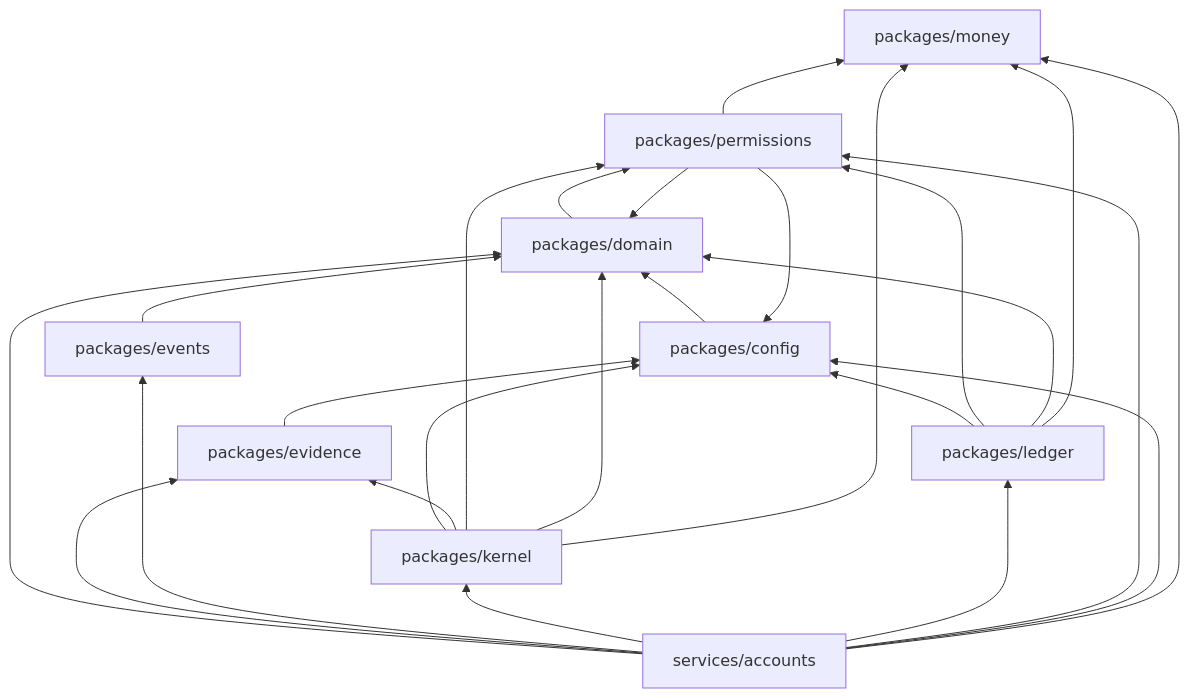
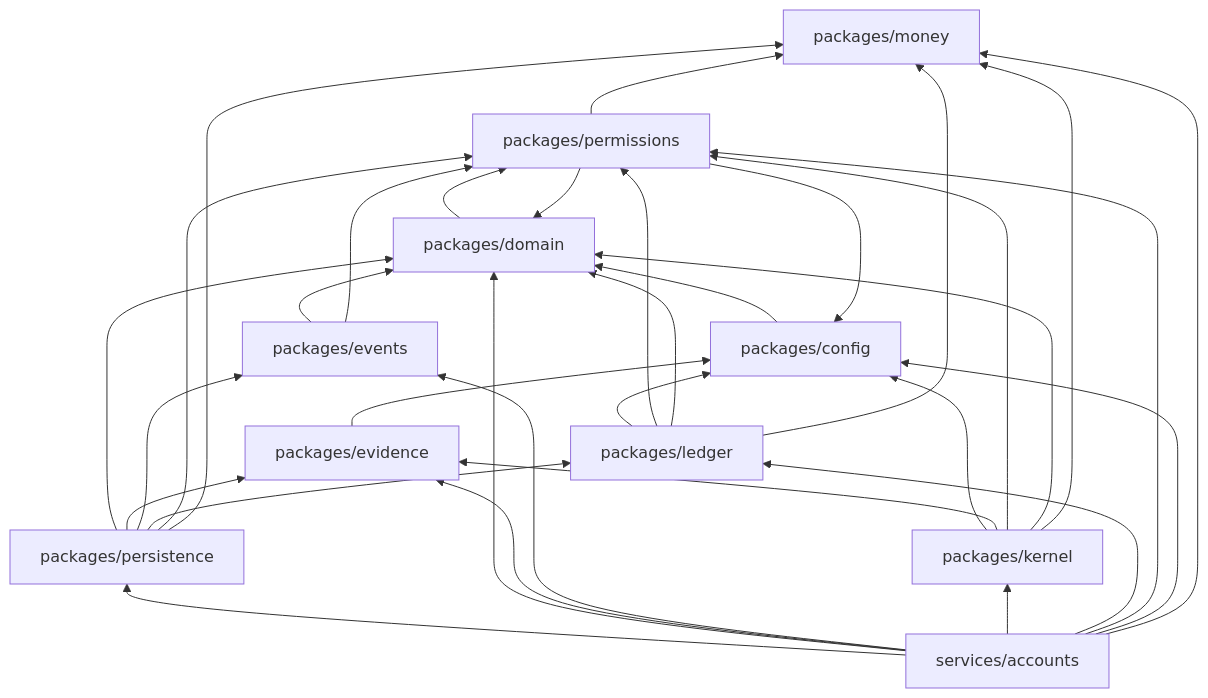
Before and after one commit to reyesnick54/solstice: the second of 2 diagrams in docs/architecture/constitution.md, drawn with Mermaid. The commit also changed other lines of this file and 41 other files, not shown here.

````diff
--- a/docs/architecture/constitution.md
+++ b/docs/architecture/constitution.md
@@ -303,37 +304,46 @@
 ```mermaid
 flowchart BT
   money["packages/money"]
   config["packages/config"]
   domain["packages/domain"]
   events["packages/events"]
   evidence["packages/evidence"]
   permissions["packages/permissions"]
   kernel["packages/kernel"]
   ledger["packages/ledger"]
   accounts["services/accounts"]
 
   config --> domain
   domain --> permissions
   permissions --> domain
   permissions --> money
   permissions --> config
   events --> domain
+  events --> permissions
+  persistence["packages/persistence"]
+  persistence --> domain
+  persistence --> evidence
+  persistence --> events
+  persistence --> ledger
+  persistence --> permissions
+  persistence --> money
+  accounts --> persistence
   evidence --> config
   kernel --> config
   kernel --> evidence
   kernel --> permissions
   kernel --> domain
   kernel --> money
   ledger --> config
   ledger --> permissions
   ledger --> domain
   ledger --> money
   accounts --> domain
   accounts --> evidence
   accounts --> events
   accounts --> kernel
   accounts --> ledger
   accounts --> permissions
   accounts --> config
   accounts --> money
 ```
````
